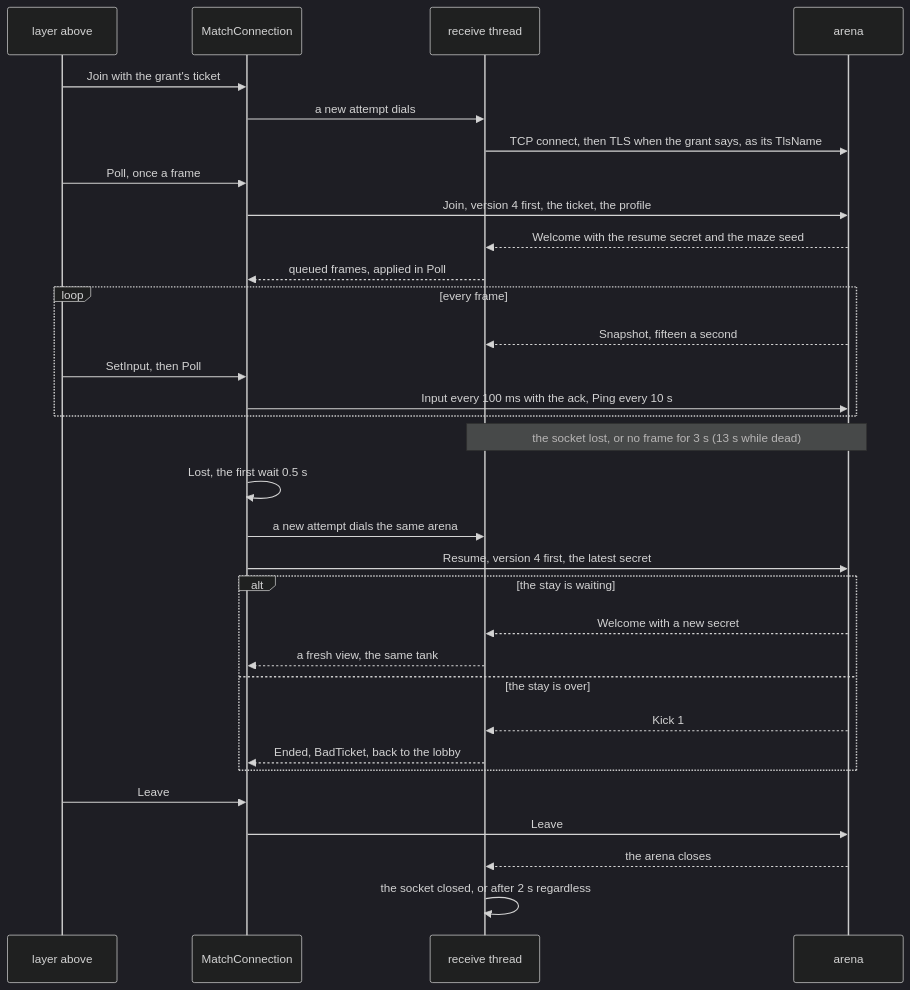
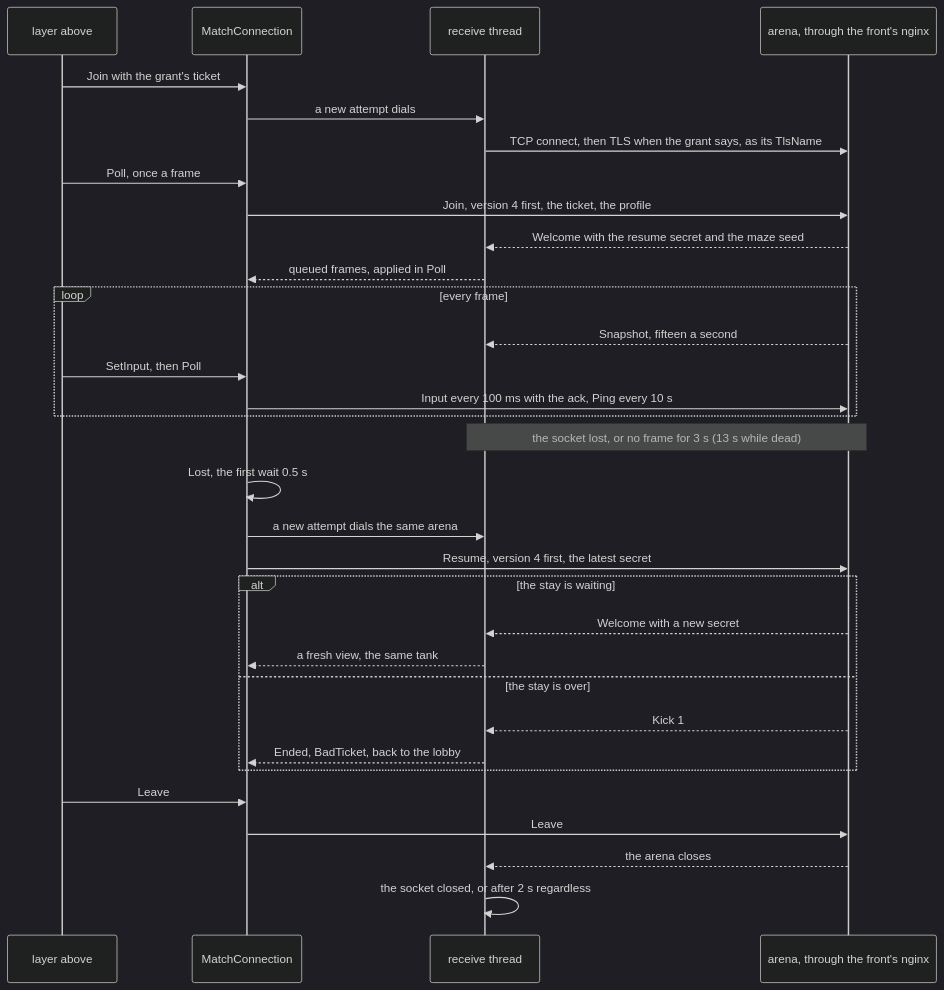
The seventh of 12 diagrams in docs/diagrams/06-client.md (greensoft-atom/depio-simulation-platform), drawn with Mermaid (dark theme) before and after one commit. The commit also changed 64 other files, not shown here.

````diff
--- a/docs/diagrams/06-client.md
+++ b/docs/diagrams/06-client.md
@@ -403,34 +403,34 @@
 ```mermaid
 sequenceDiagram
     participant L as layer above
     participant M as MatchConnection
     participant T as receive thread
-    participant A as arena
+    participant A as arena, through the front's nginx
     L->>M: Join with the grant's ticket
     M->>T: a new attempt dials
     T->>A: TCP connect, then TLS when the grant says, as its TlsName
     L->>M: Poll, once a frame
     M->>A: Join, version 4 first, the ticket, the profile
     A-->>T: Welcome with the resume secret and the maze seed
     T-->>M: queued frames, applied in Poll
     loop every frame
         A-->>T: Snapshot, fifteen a second
         L->>M: SetInput, then Poll
         M->>A: Input every 100 ms with the ack, Ping every 10 s
     end
     Note over T,A: the socket lost, or no frame for 3 s (13 s while dead)
     M->>M: Lost, the first wait 0.5 s
     M->>T: a new attempt dials the same arena
     M->>A: Resume, version 4 first, the latest secret
     alt the stay is waiting
         A-->>T: Welcome with a new secret
         T-->>M: a fresh view, the same tank
     else the stay is over
         A-->>T: Kick 1
         T-->>M: Ended, BadTicket, back to the lobby
     end
     L->>M: Leave
     M->>A: Leave
     A-->>T: the arena closes
     T->>T: the socket closed, or after 2 s regardless
 ```
````
